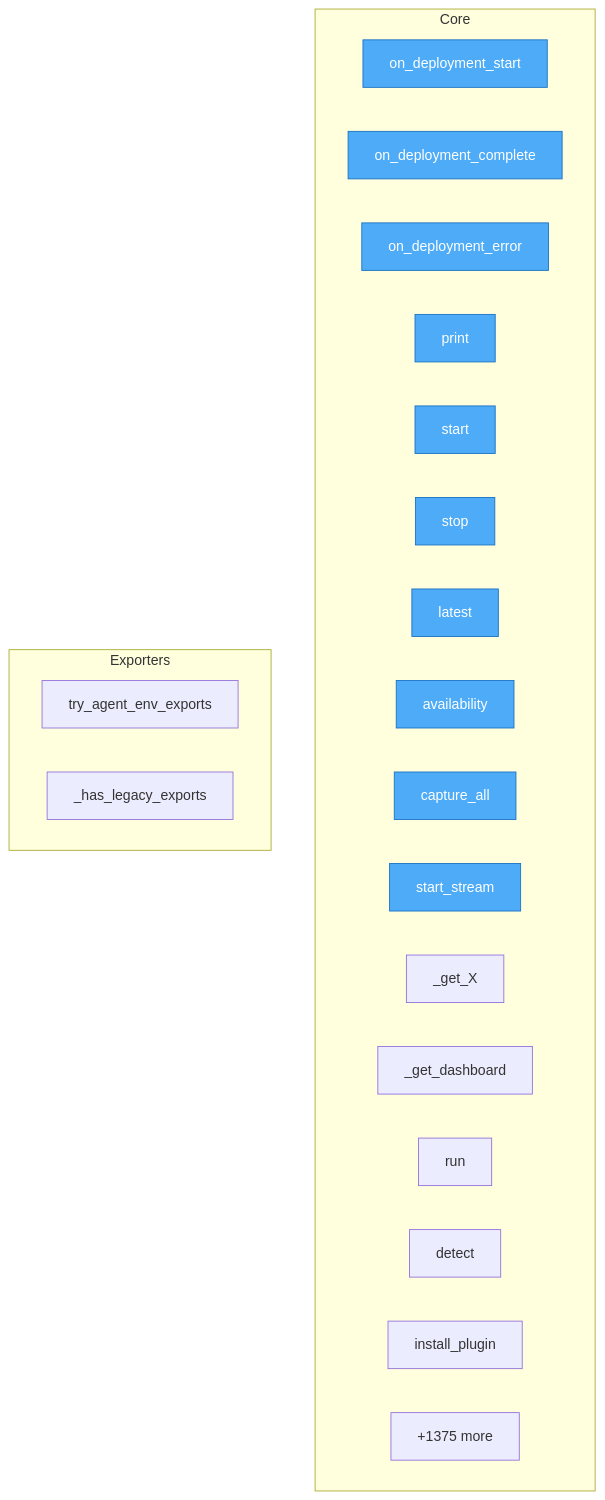
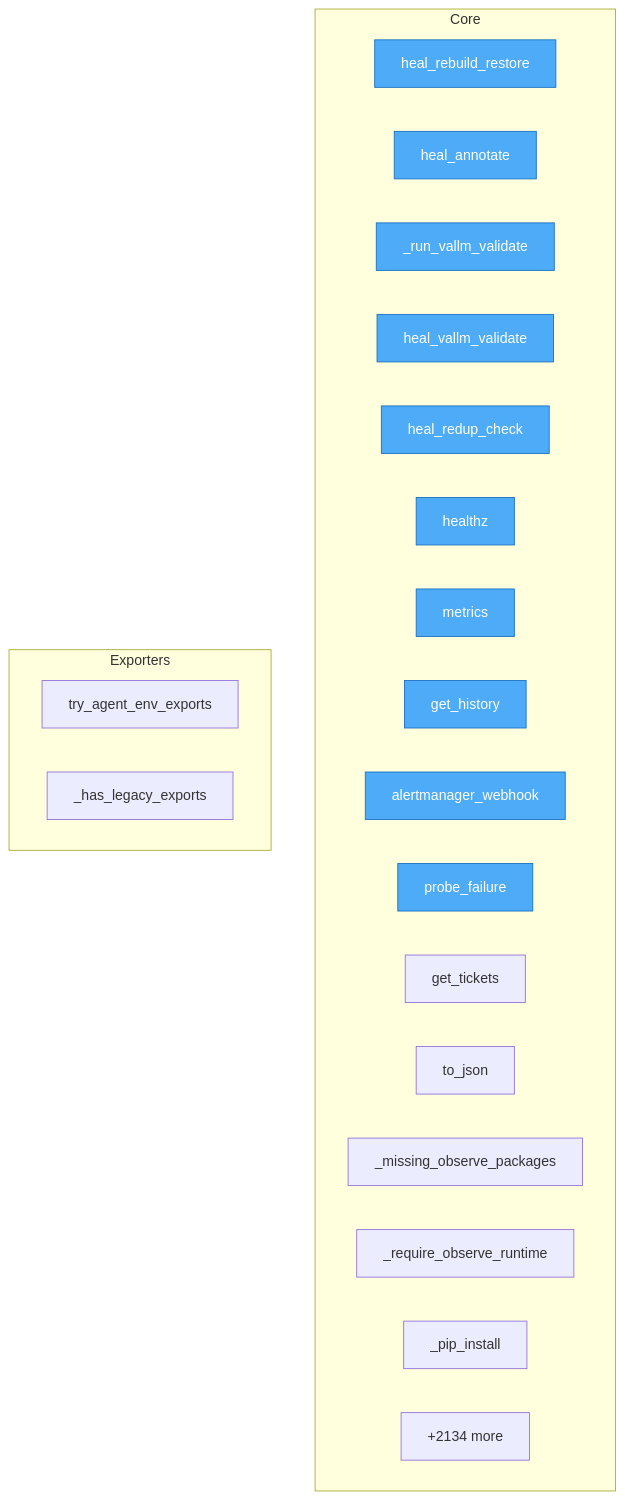
The diagram in project/flow.mmd (semcod/koru), drawn with Mermaid before and after one commit. The commit also changed 127 other files, not shown here.

```diff
--- a/project/flow.mmd
+++ b/project/flow.mmd
@@ -1,31 +1,31 @@
 flowchart TD
-%% generated in 0.14s
+%% generated in 0.12s
 
     %% Entry points (blue)
     classDef entry fill:#4dabf7,stroke:#1971c2,color:#fff
 
     subgraph Core
-        docs__deployment_events__on_deployment_start["on_deployment_start"]
-        docs__deployment_events__on_deployment_complete["on_deployment_complete"]
-        docs__deployment_events__on_deployment_error["on_deployment_error"]
-        docs__koru_auto_vs_observe_up__print["print"]
-        docs__plans__observation_mesh_plan__start["start"]
-        docs__plans__observation_mesh_plan__stop["stop"]
-        docs__plans__observation_mesh_plan__latest["latest"]
-        docs__plans__capture_providers_refactor__availability["availability"]
-        docs__plans__capture_providers_refactor__capture_all["capture_all"]
-        docs__plans__capture_providers_refactor__start_stream["start_stream"]
-        docs__refactoring__REFACTORING_PLAN___get_X["_get_X"]
-        docs__refactoring__REFACTORING_PLAN___get_dashboard["_get_dashboard"]
-        docs__refactoring__REFACTORING_PLAN__run["run"]
-        docs__refactor__ide_bridge_2026__detect["detect"]
-        docs__refactor__ide_bridge_2026__install_plugin["install_plugin"]
-        ...["+1375 more"]
+        services__healing_webhook__app__heal_rebuild_restore["heal_rebuild_restore"]
+        services__healing_webhook__app__heal_annotate["heal_annotate"]
+        services__healing_webhook__app___run_vallm_validate["_run_vallm_validate"]
+        services__healing_webhook__app__heal_vallm_validate["heal_vallm_validate"]
+        services__healing_webhook__app__heal_redup_check["heal_redup_check"]
+        services__healing_webhook__app__healthz["healthz"]
+        services__healing_webhook__app__metrics["metrics"]
+        services__healing_webhook__app__get_history["get_history"]
+        services__healing_webhook__app__alertmanager_webhook["alertmanager_webhook"]
+        services__healing_webhook__app__probe_failure["probe_failure"]
+        services__healing_webhook__app__get_tickets["get_tickets"]
+        src__koruobserve__lifecycle__ObserveProcesses__to_json["to_json"]
+        src__koruobserve__cli___missing_observe_packages["_missing_observe_packages"]
+        src__koruobserve__cli___require_observe_runtime["_require_observe_runtime"]
+        src__koruobserve__cli___pip_install["_pip_install"]
+        ...["+2134 more"]
     end
 
     subgraph Exporters
         src__koru__agent_cli_helpers__try_agent_env_exports["try_agent_env_exports"]
         src__koru__cli___has_legacy_exports["_has_legacy_exports"]
     end
 
-    class docs__deployment_events__on_deployment_start,docs__deployment_events__on_deployment_complete,docs__deployment_events__on_deployment_error,docs__koru_auto_vs_observe_up__print,docs__plans__observation_mesh_plan__start,docs__plans__observation_mesh_plan__stop,docs__plans__observation_mesh_plan__latest,docs__plans__capture_providers_refactor__availability,docs__plans__capture_providers_refactor__capture_all,docs__plans__capture_providers_refactor__start_stream entry
+    class services__healing_webhook__app__heal_rebuild_restore,services__healing_webhook__app__heal_annotate,services__healing_webhook__app___run_vallm_validate,services__healing_webhook__app__heal_vallm_validate,services__healing_webhook__app__heal_redup_check,services__healing_webhook__app__healthz,services__healing_webhook__app__metrics,services__healing_webhook__app__get_history,services__healing_webhook__app__alertmanager_webhook,services__healing_webhook__app__probe_failure entry
```
